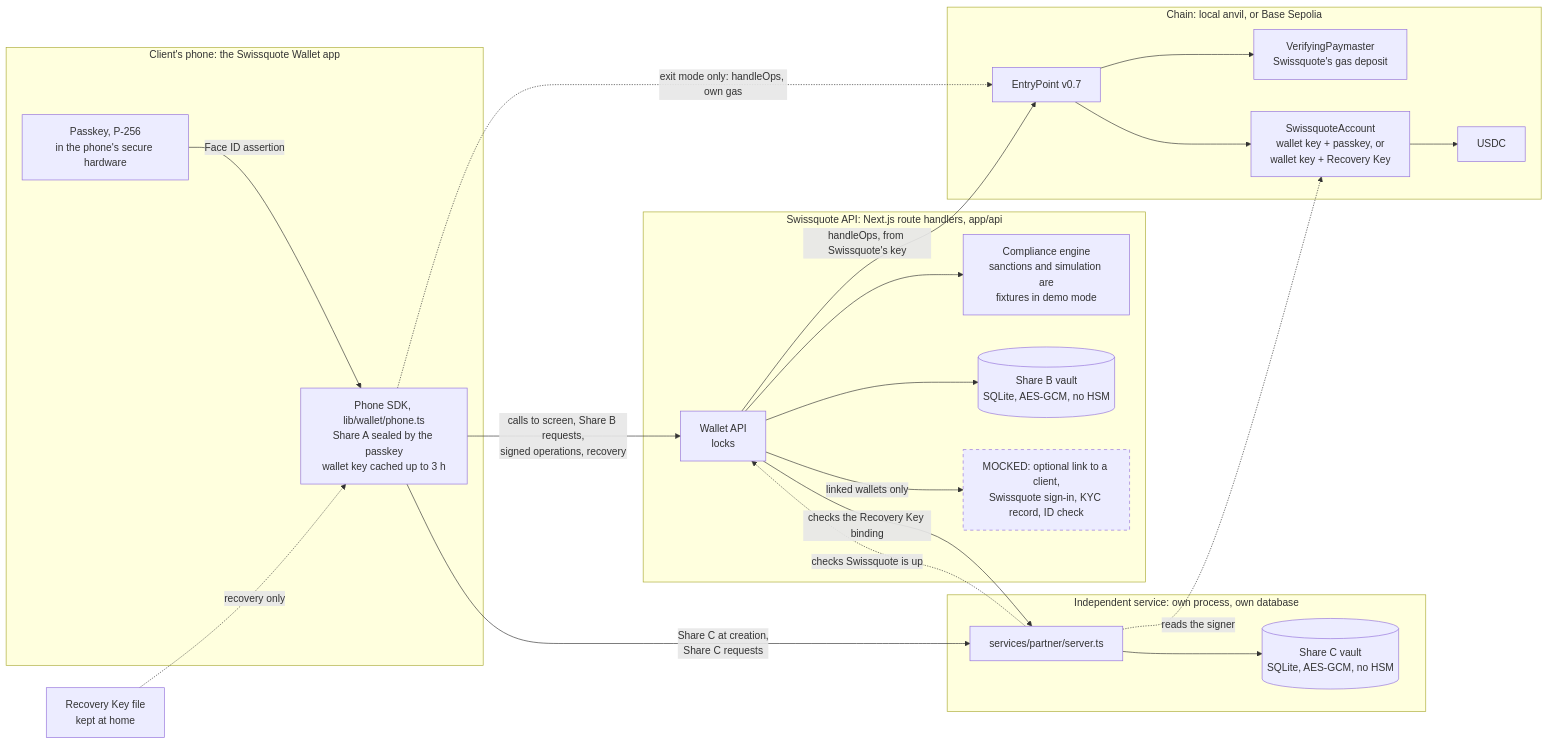
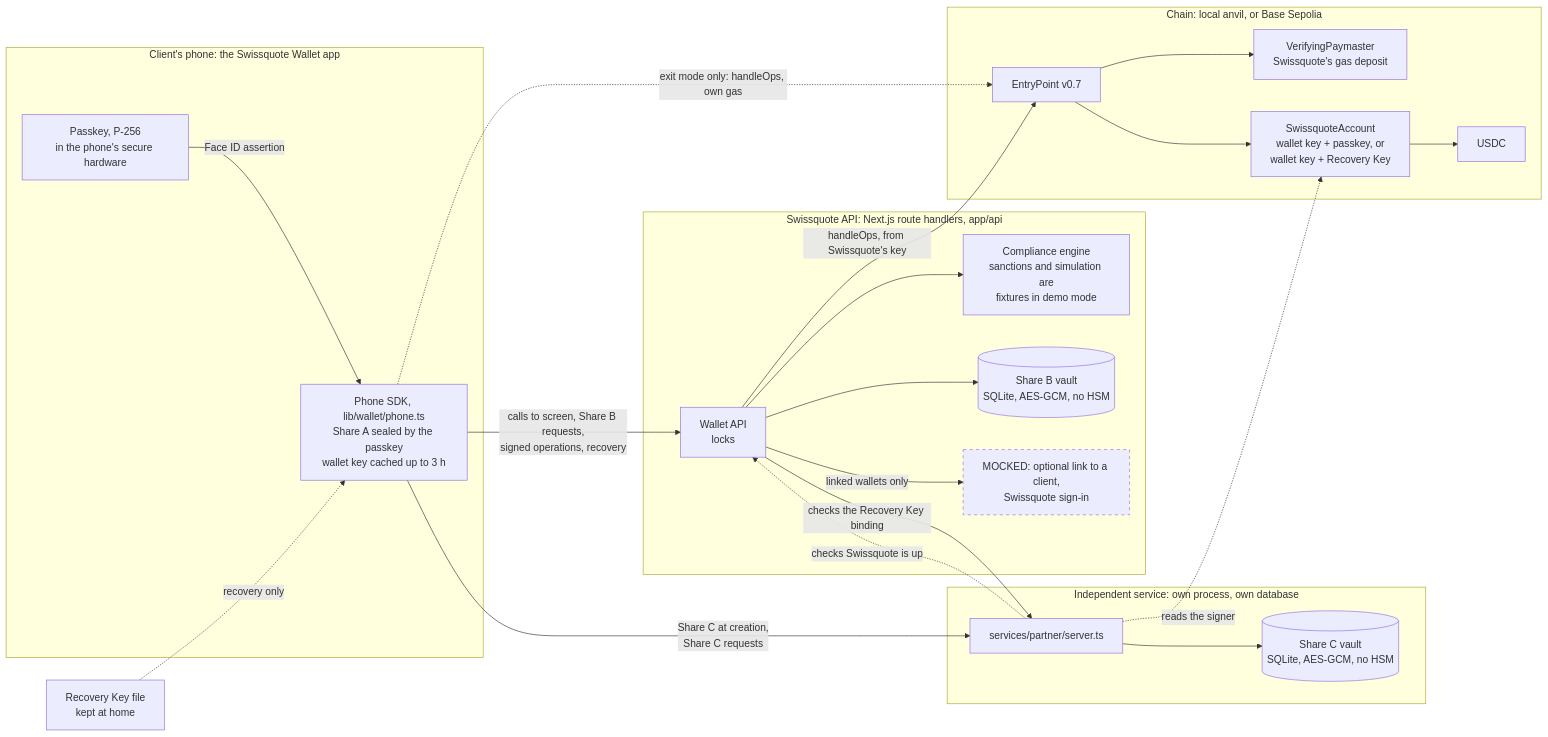
The diagram in README.md (elazdi-al/bsa-the-hackathon), drawn with Mermaid before and after one commit. The commit also changed other lines of this file and 5 other files, not shown here.

Commit message:
docs: Swissquote never checks the client's ID: a linked wallet recovers like any other, the Recovery Key signs the phone lock, linking is a sign-in redirect plus the Face ID ownership statement, and the attack runs A1 to A6

````diff
--- a/README.md
+++ b/README.md
@@ -91,46 +91,46 @@
 ```mermaid
 flowchart LR
   subgraph phone["Client's phone: the Swissquote Wallet app"]
     sdk["Phone SDK, lib/wallet/phone.ts<br/>Share A sealed by the passkey<br/>wallet key cached up to 3 h"]
     pk["Passkey, P-256<br/>in the phone's secure hardware"]
   end
   rk["Recovery Key file<br/>kept at home"]
 
   subgraph sq["Swissquote API: Next.js route handlers, app/api"]
     api["Wallet API<br/>locks"]
     comp["Compliance engine<br/>sanctions and simulation are<br/>fixtures in demo mode"]
     vb[("Share B vault<br/>SQLite, AES-GCM, no HSM")]
-    kyc["MOCKED: optional link to a client,<br/>Swissquote sign-in, KYC record, ID check"]:::mock
+    signin["MOCKED: optional link to a client,<br/>Swissquote sign-in"]:::mock
   end
 
   subgraph ind["Independent service: own process, own database"]
     partner["services/partner/server.ts"]
     vc[("Share C vault<br/>SQLite, AES-GCM, no HSM")]
   end
 
   subgraph chain["Chain: local anvil, or Base Sepolia"]
     ep["EntryPoint v0.7"]
     pay["VerifyingPaymaster<br/>Swissquote's gas deposit"]
     acc["SwissquoteAccount<br/>wallet key + passkey, or<br/>wallet key + Recovery Key"]
     usdc["USDC"]
   end
 
   pk -- "Face ID assertion" --> sdk
   rk -. "recovery only" .-> sdk
   sdk -- "calls to screen, Share B requests,<br/>signed operations, recovery" --> api
   sdk -- "Share C at creation,<br/>Share C requests" --> partner
   api --> comp
   api --> vb
-  api -- "linked wallets only" --> kyc
+  api -- "linked wallets only" --> signin
   api -- "checks the Recovery Key binding" --> partner
   partner -. "checks Swissquote is up" .-> api
   partner --> vc
   api -- "handleOps, from Swissquote's key" --> ep
   ep --> pay
   ep --> acc
   acc --> usdc
   partner -. "reads the signer" .-> acc
   sdk -. "exit mode only: handleOps, own gas" .-> ep
 
   classDef mock stroke-dasharray: 5 5
 ```
````
